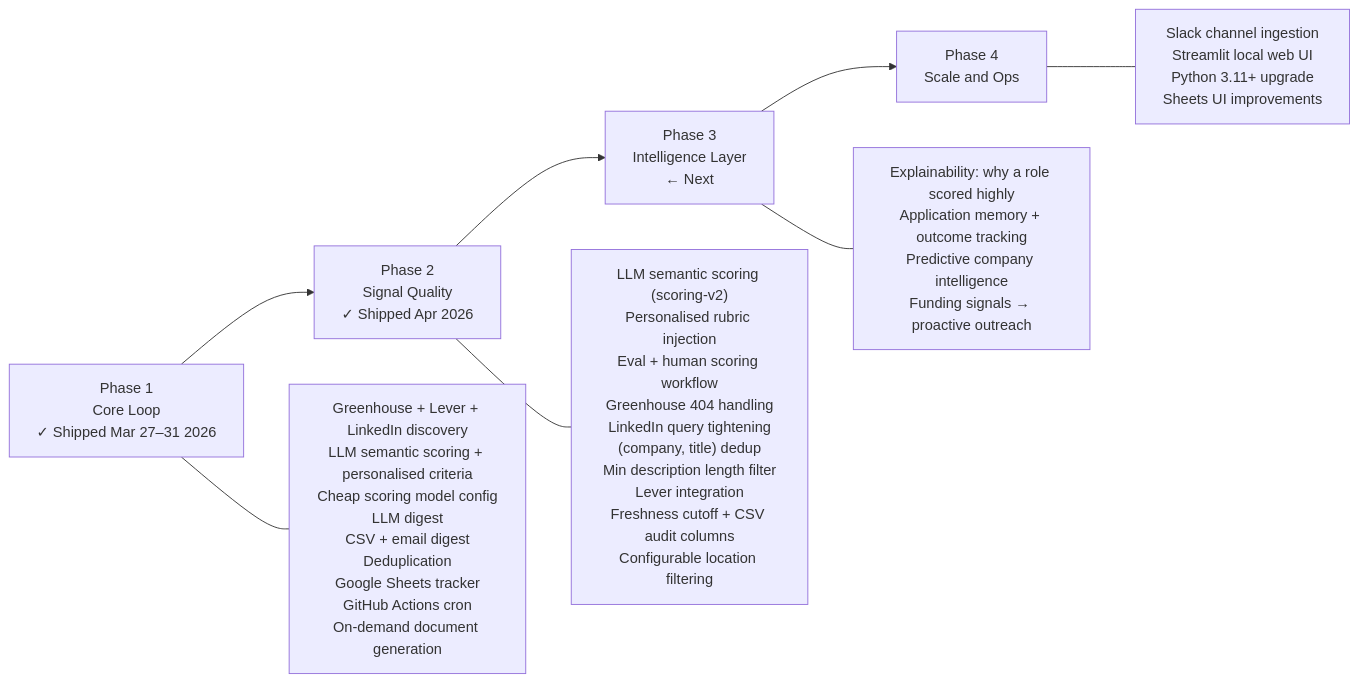
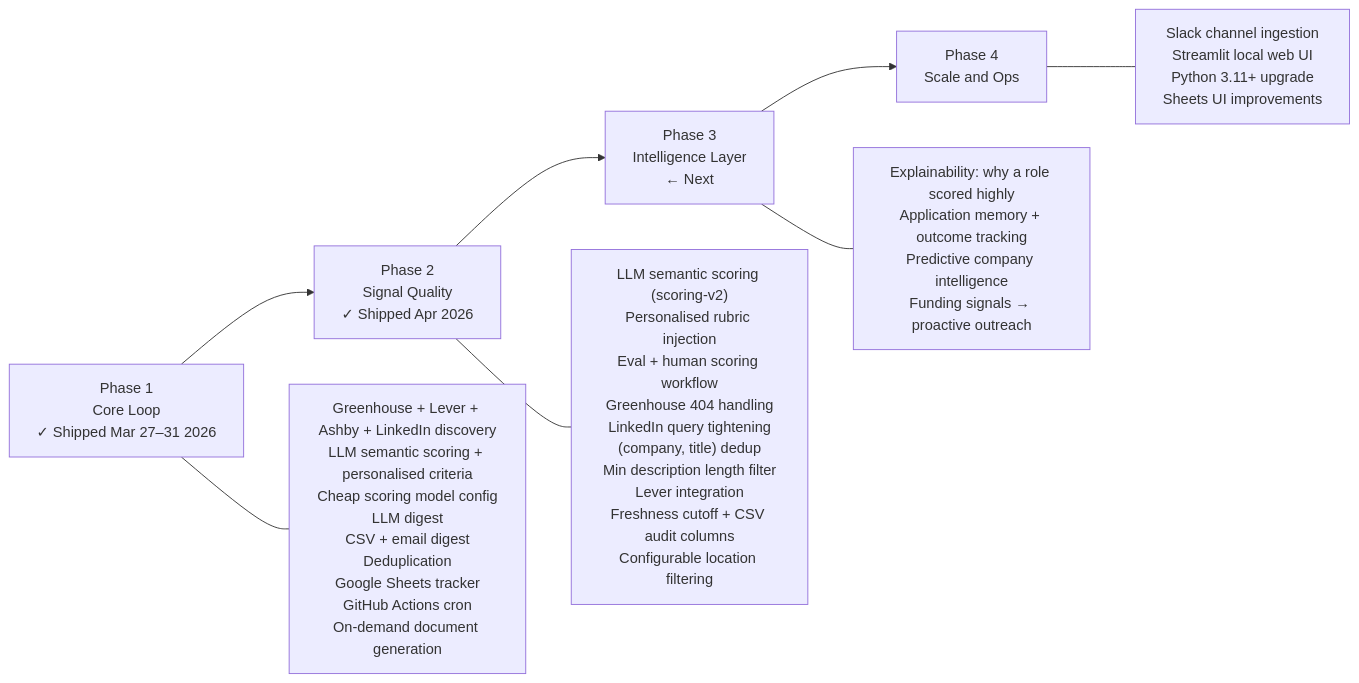
One commit to ravigahlla/pm-job-agent changed the second of 2 diagrams in README.md. Above: the diagram before and after it, drawn with Mermaid. The commit also changed other lines of this file and 10 other files, not shown here.

Commit message:
feat(discovery): Ashby source, target_employers schema, company_label on board clients

````diff
--- a/README.md
+++ b/README.md
@@ -372,17 +383,17 @@
 ```mermaid
 flowchart LR
   p1["Phase 1\nCore Loop\n✓ Shipped Mar 27–31 2026"]
   p2["Phase 2\nSignal Quality\n✓ Shipped Apr 2026"]
   p3["Phase 3\nIntelligence Layer\n← Next"]
   p4["Phase 4\nScale and Ops"]
 
   p1 --> p2 --> p3 --> p4
 
-  p1 --- s1["Greenhouse + Lever + LinkedIn discovery\nLLM semantic scoring + personalised criteria\nCheap scoring model config\nLLM digest\nCSV + email digest\nDeduplication\nGoogle Sheets tracker\nGitHub Actions cron\nOn-demand document generation"]
+  p1 --- s1["Greenhouse + Lever + Ashby + LinkedIn discovery\nLLM semantic scoring + personalised criteria\nCheap scoring model config\nLLM digest\nCSV + email digest\nDeduplication\nGoogle Sheets tracker\nGitHub Actions cron\nOn-demand document generation"]
 
   p2 --- s2["LLM semantic scoring (scoring-v2)\nPersonalised rubric injection\nEval + human scoring workflow\nGreenhouse 404 handling\nLinkedIn query tightening\n(company, title) dedup\nMin description length filter\nLever integration\nFreshness cutoff + CSV audit columns\nConfigurable location filtering"]
 
   p3 --- s3["Explainability: why a role scored highly\nApplication memory + outcome tracking\nPredictive company intelligence\nFunding signals → proactive outreach"]
 
   p4 --- s4["Slack channel ingestion\nStreamlit local web UI\nPython 3.11+ upgrade\nSheets UI improvements"]
 ```
````
